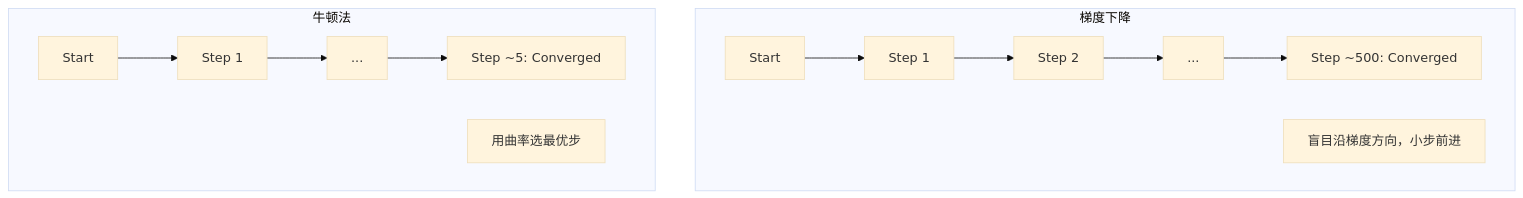
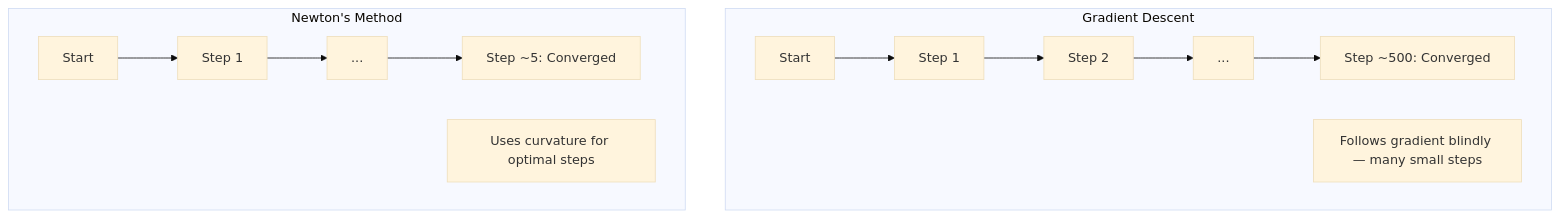
The second of 4 diagrams in phases/01-math-foundations/18-convex-optimization/docs/zh.md (omigaZen/ai-engineering-from-scratch), drawn with Mermaid (base theme) before and after one commit. The commit also changed other lines of this file and 32 other files, not shown here.

````diff
--- a/phases/01-math-foundations/18-convex-optimization/docs/zh.md
+++ b/phases/01-math-foundations/18-convex-optimization/docs/zh.md
@@ -175,16 +175,16 @@
 ```mermaid
 graph TD
-    subgraph "梯度下降"
+    subgraph "Gradient Descent"
         GD1["Start"] --> GD2["Step 1"]
         GD2 --> GD3["Step 2"]
         GD3 --> GD4["..."]
         GD4 --> GD5["Step ~500: Converged"]
-        GD_note["盲目沿梯度方向，小步前进"]
+        GD_note["Follows gradient blindly — many small steps"]
     end
-    subgraph "牛顿法"
+    subgraph "Newton's Method"
         NM1["Start"] --> NM2["Step 1"]
         NM2 --> NM3["..."]
         NM3 --> NM4["Step ~5: Converged"]
-        NM_note["用曲率选最优步"]
+        NM_note["Uses curvature for optimal steps"]
     end
 ```
````
